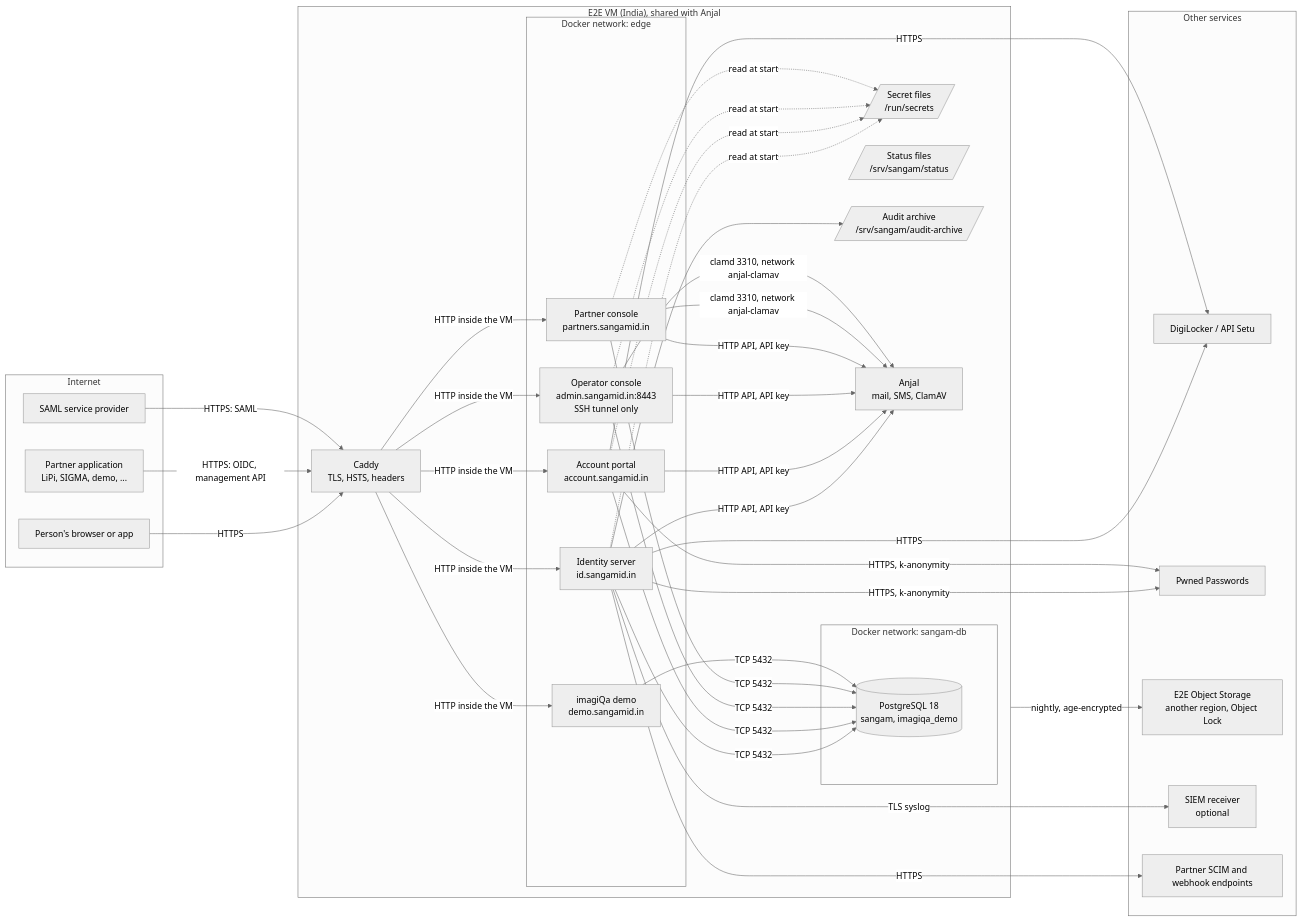
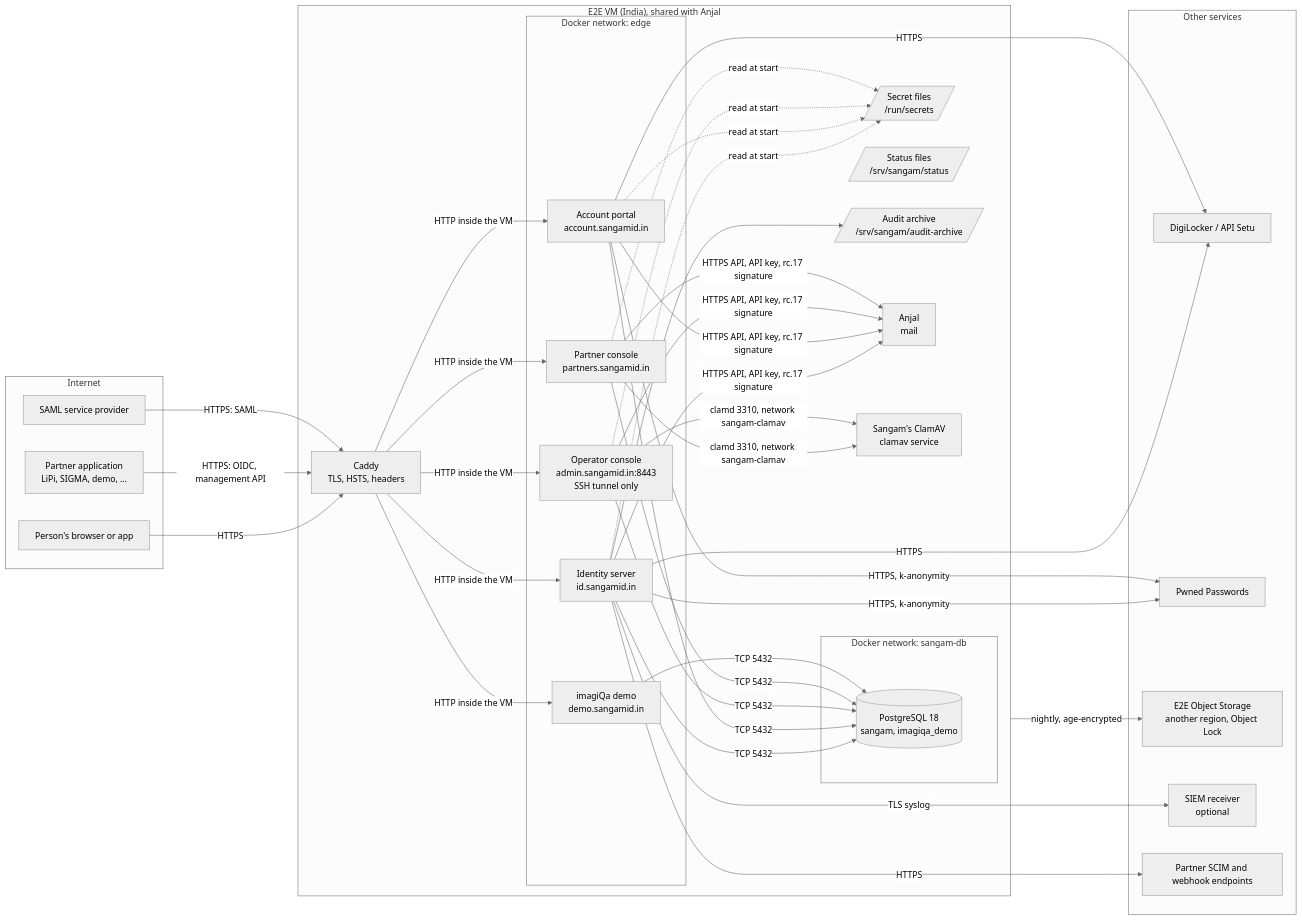
Before and after one commit to arunshivab/sangam: the diagram in docs/security/architecture.md, drawn with Mermaid (neutral theme). The commit also changed other lines of this file and 65 other files, not shown here.

````diff
--- a/docs/security/architecture.md
+++ b/docs/security/architecture.md
@@ -11,50 +11,51 @@
 ```mermaid
 flowchart LR
   subgraph Internet
     P[Person's browser or app]
     A[Partner application<br/>LiPi, SIGMA, demo, ...]
     SP[SAML service provider]
   end
 
   subgraph VM["E2E VM (India), shared with Anjal"]
     C[Caddy<br/>TLS, HSTS, headers]
     subgraph edge["Docker network: edge"]
       ID[Identity server<br/>id.sangamid.in]
       PO[Account portal<br/>account.sangamid.in]
       AD[Operator console<br/>admin.sangamid.in:8443<br/>SSH tunnel only]
       PA[Partner console<br/>partners.sangamid.in]
       DE[imagiQa demo<br/>demo.sangamid.in]
     end
     subgraph dbnet["Docker network: sangam-db"]
       PG[(PostgreSQL 18<br/>sangam, imagiqa_demo)]
     end
     S[/Secret files<br/>/run/secrets/]
     ST[/Status files<br/>/srv/sangam/status/]
     AR[/Audit archive<br/>/srv/sangam/audit-archive/]
-    AN[Anjal<br/>mail, SMS, ClamAV]
+    AN[Anjal<br/>mail]
+    CV[Sangam's ClamAV<br/>clamav service]
   end
 
   subgraph Outside["Other services"]
     DL[DigiLocker / API Setu]
     PW[Pwned Passwords]
     OS[E2E Object Storage<br/>another region, Object Lock]
     SIEM[SIEM receiver<br/>optional]
     PS[Partner SCIM and webhook endpoints]
   end
 
   P -- HTTPS --> C
   A -- HTTPS: OIDC, management API --> C
   SP -- HTTPS: SAML --> C
   C -- HTTP inside the VM --> ID & PO & AD & PA & DE
   ID & PO & AD & PA -- TCP 5432 --> PG
   DE -- TCP 5432 --> PG
   ID & PO & AD & PA -. read at start .-> S
-  ID & PO & AD & PA -- HTTP API, API key --> AN
-  PA & AD -- clamd 3310, network anjal-clamav --> AN
+  ID & PO & AD & PA -- HTTPS API, API key, rc.17 signature --> AN
+  PA & AD -- clamd 3310, network sangam-clamav --> CV
   ID & PO -- HTTPS --> DL
   ID & PO -- HTTPS, k-anonymity --> PW
   ID -- HTTPS --> PS
   ID -- TLS syslog --> SIEM
   ID --> AR
   VM -- nightly, age-encrypted --> OS
 ```
````
